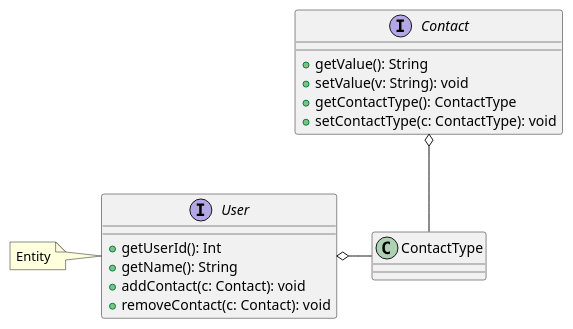
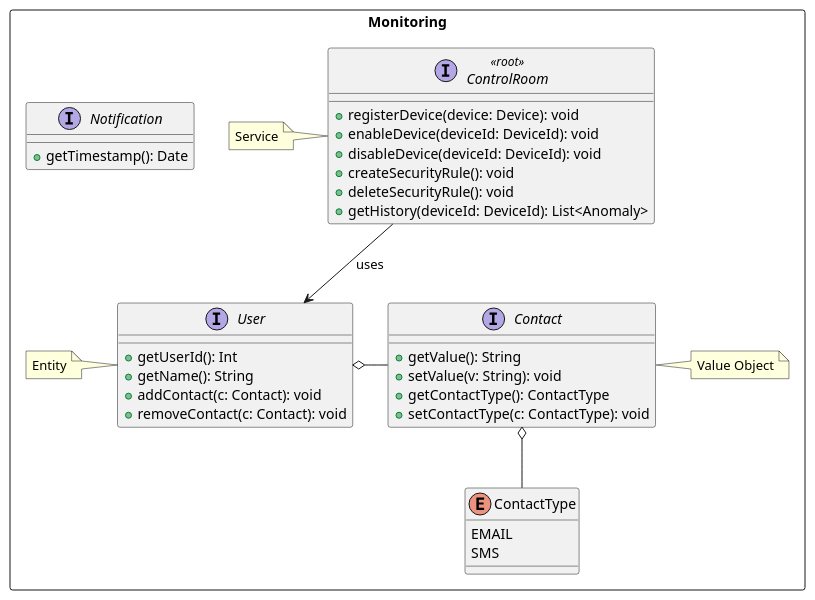
Before and after one commit to revue-org/revue: the diagram in report/uml/domain/User.puml, drawn with PlantUML. The commit also changed 3 other files, not shown here.

Commit message:
docs: modify domain uml

```diff
--- a/report/uml/domain/User.puml
+++ b/report/uml/domain/User.puml
@@ -1,24 +1,48 @@
 @startuml
 
-interface User {
- + getUserId(): Int
- + getName(): String
- + addContact(c: Contact): void
- + removeContact(c: Contact): void
+package Monitoring <<Rectangle>> {
+
+
+    interface ControlRoom <<root>> {
+      + registerDevice(device: Device): void
+      + enableDevice(deviceId: DeviceId): void
+      + disableDevice(deviceId: DeviceId): void
+      + createSecurityRule(): void
+      + deleteSecurityRule(): void
+      + getHistory(deviceId: DeviceId): List<Anomaly>
+    }
+    note left: Service
+    ControlRoom --> User : uses
+
+
+    interface Notification {
+      + getTimestamp(): Date
+
+    }
+
+    interface User {
+     + getUserId(): Int
+     + getName(): String
+     + addContact(c: Contact): void
+     + removeContact(c: Contact): void
+    }
+    note left: Entity
+    User o-right- Contact
+
+    interface Contact {
+     + getValue(): String
+     + setValue(v: String): void
+     + getContactType(): ContactType
+     + setContactType(c: ContactType): void
+    }
+    note right: Value Object
+
+    enum ContactType {
+      EMAIL
+      SMS
+    }
+    Contact o-- ContactType
 
 }
-note left: Entity
-
-interface Contact {
- + getValue(): String
- + setValue(v: String): void
- + getContactType(): ContactType
- + setContactType(c: ContactType): void
-}
-
-ContactType -left-o User
-
-
-Contact o-- ContactType
 
 @enduml
```
